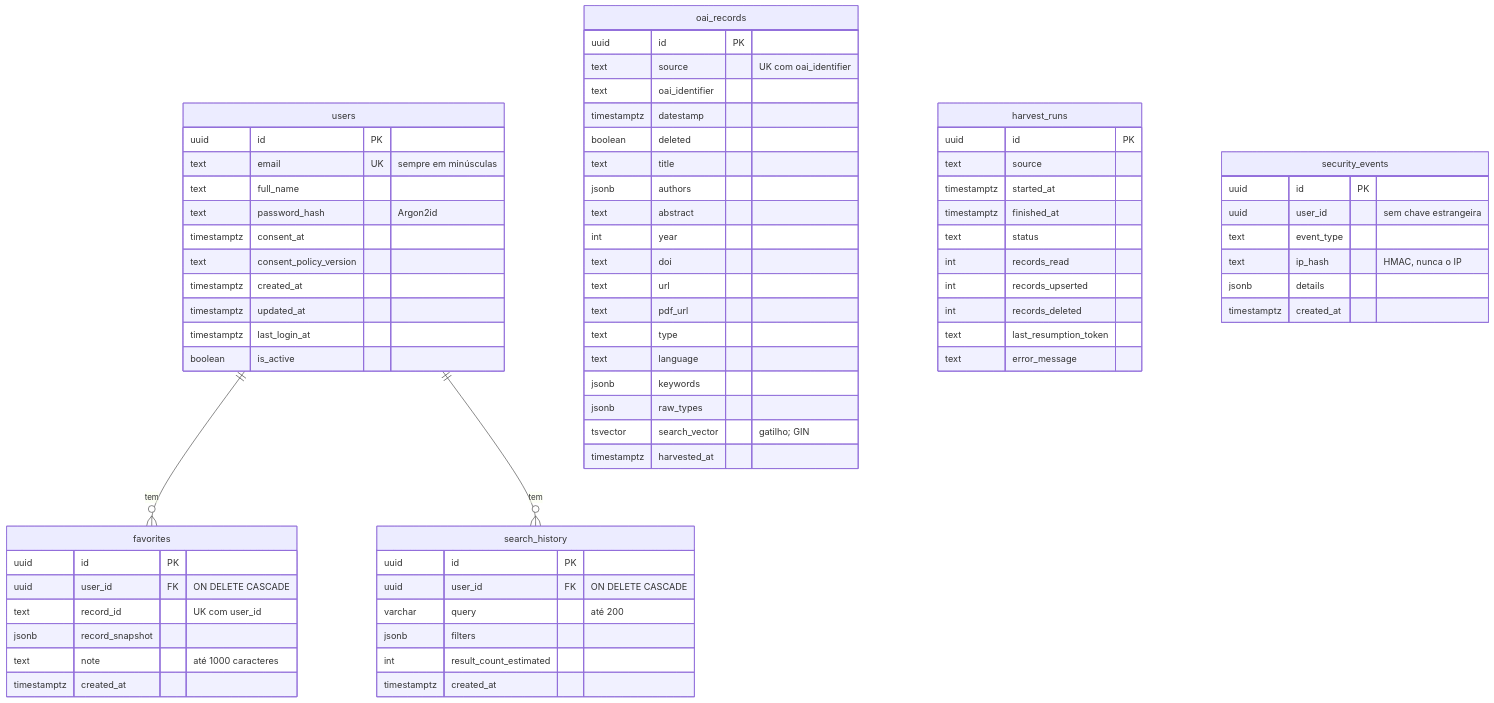
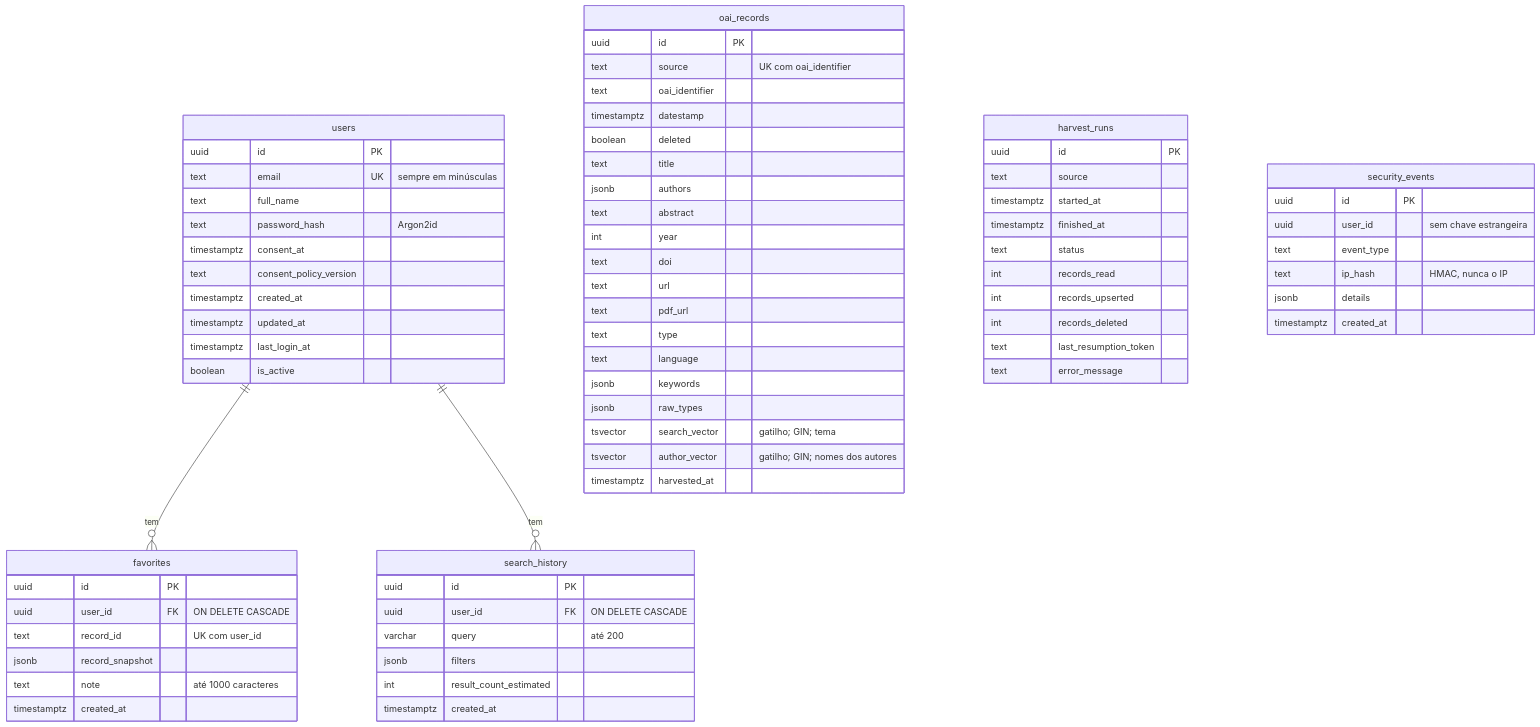
One commit to JVictorFreitasM/Projeto-tcc-Academic-Search-Hub-AHS- changed the third of 4 diagrams in docs/ARQUITETURA.md. Above: the diagram before and after it, drawn with Mermaid. The commit also changed other lines of this file and 35 other files, not shown here.

````diff
--- a/docs/ARQUITETURA.md
+++ b/docs/ARQUITETURA.md
@@ -102,74 +102,75 @@
 ```mermaid
 erDiagram
     users ||--o{ favorites : "tem"
     users ||--o{ search_history : "tem"
 
     users {
         uuid id PK
         text email UK "sempre em minúsculas"
         text full_name
         text password_hash "Argon2id"
         timestamptz consent_at
         text consent_policy_version
         timestamptz created_at
         timestamptz updated_at
         timestamptz last_login_at
         boolean is_active
     }
     favorites {
         uuid id PK
         uuid user_id FK "ON DELETE CASCADE"
         text record_id "UK com user_id"
         jsonb record_snapshot
         text note "até 1000 caracteres"
         timestamptz created_at
     }
     search_history {
         uuid id PK
         uuid user_id FK "ON DELETE CASCADE"
         varchar query "até 200"
         jsonb filters
         int result_count_estimated
         timestamptz created_at
     }
     oai_records {
         uuid id PK
         text source "UK com oai_identifier"
         text oai_identifier
         timestamptz datestamp
         boolean deleted
         text title
         jsonb authors
         text abstract
         int year
         text doi
         text url
         text pdf_url
         text type
         text language
         jsonb keywords
         jsonb raw_types
-        tsvector search_vector "gatilho; GIN"
+        tsvector search_vector "gatilho; GIN; tema"
+        tsvector author_vector "gatilho; GIN; nomes dos autores"
         timestamptz harvested_at
     }
     harvest_runs {
         uuid id PK
         text source
         timestamptz started_at
         timestamptz finished_at
         text status
         int records_read
         int records_upserted
         int records_deleted
         text last_resumption_token
         text error_message
     }
     security_events {
         uuid id PK
         uuid user_id "sem chave estrangeira"
         text event_type
         text ip_hash "HMAC, nunca o IP"
         jsonb details
         timestamptz created_at
     }
 ```
````
